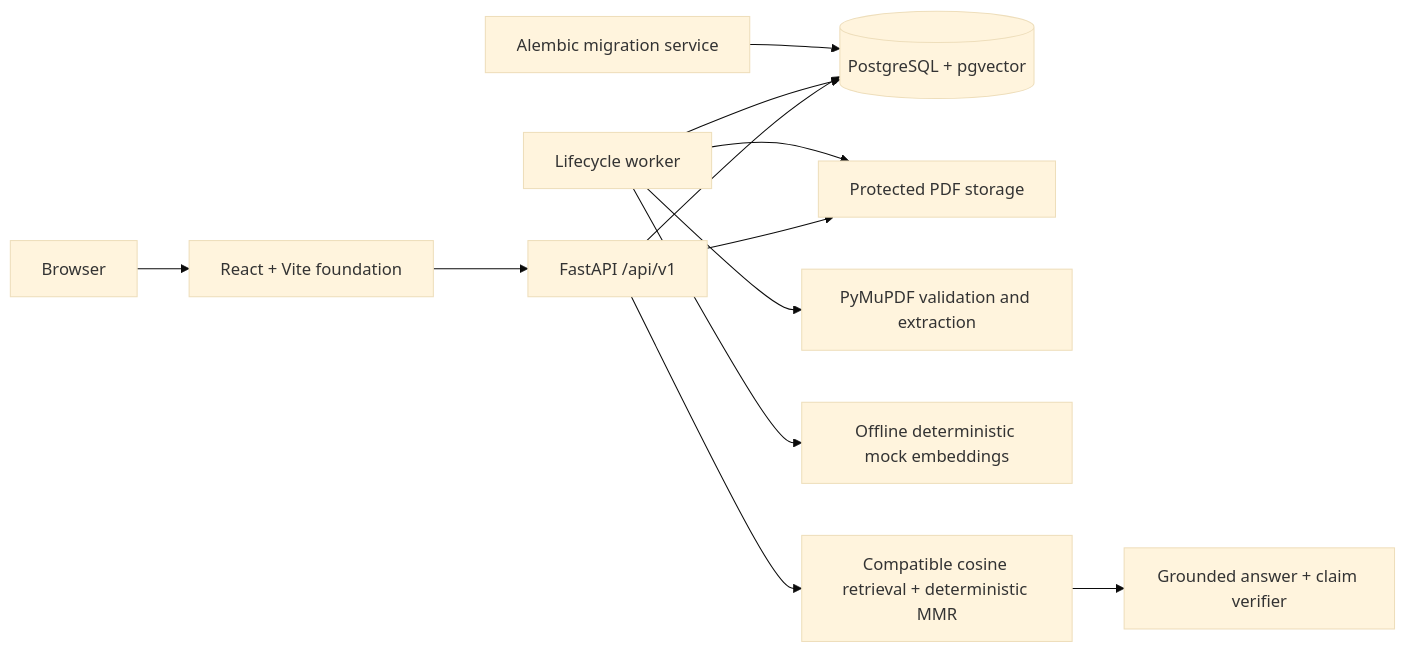
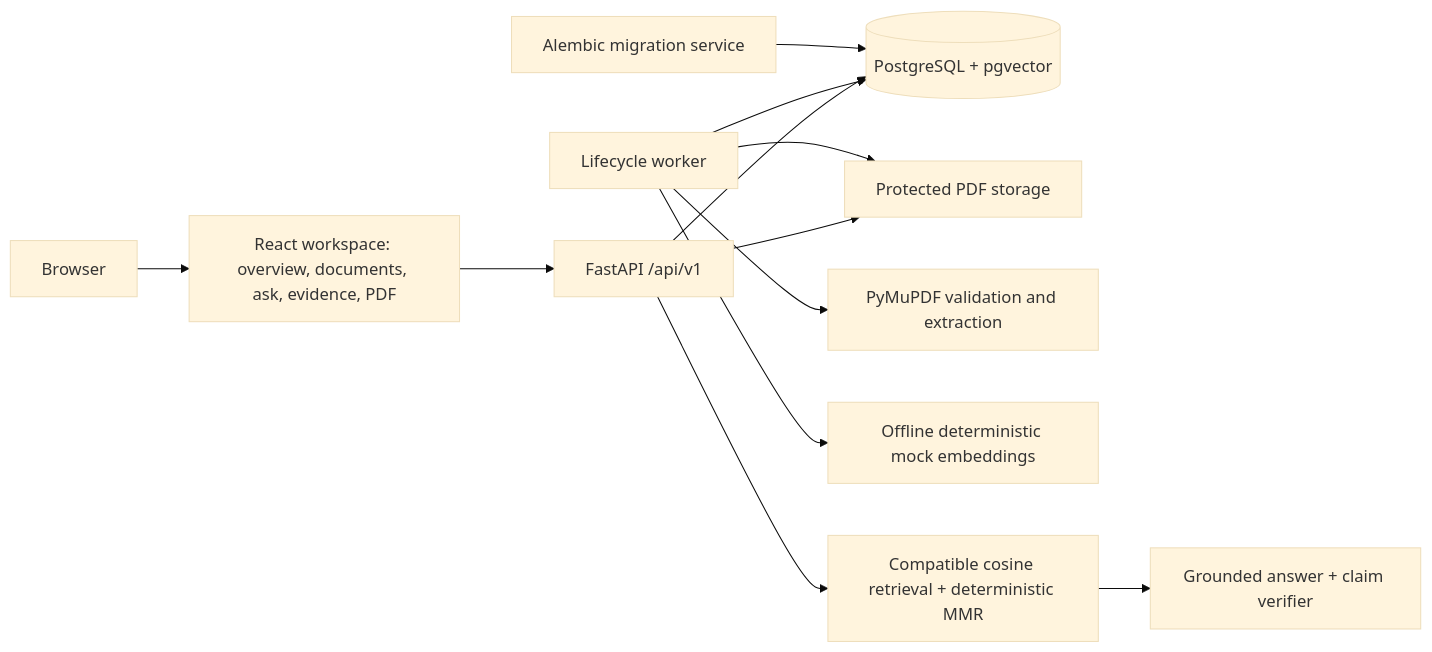
The diagram in docs/architecture.md (jkenken240/DocIntel), drawn with Mermaid (base theme) before and after one commit. The commit also changed other lines of this file and 29 other files, not shown here.

````diff
--- a/docs/architecture.md
+++ b/docs/architecture.md
@@ -21,14 +22,14 @@
 ```mermaid
 flowchart LR
-    Browser["Browser"] --> Web["React + Vite foundation"]
+    Browser["Browser"] --> Web["React workspace: overview, documents, ask, evidence, PDF"]
     Web --> API["FastAPI /api/v1"]
     API --> DB[("PostgreSQL + pgvector")]
     API --> Storage["Protected PDF storage"]
     Worker["Lifecycle worker"] --> DB
     Worker --> Storage
     Worker --> PyMuPDF["PyMuPDF validation and extraction"]
     Worker --> Mock["Offline deterministic mock embeddings"]
     API --> Retrieval["Compatible cosine retrieval + deterministic MMR"]
     Retrieval --> Providers["Grounded answer + claim verifier"]
     Migrate["Alembic migration service"] --> DB
 ```
````
